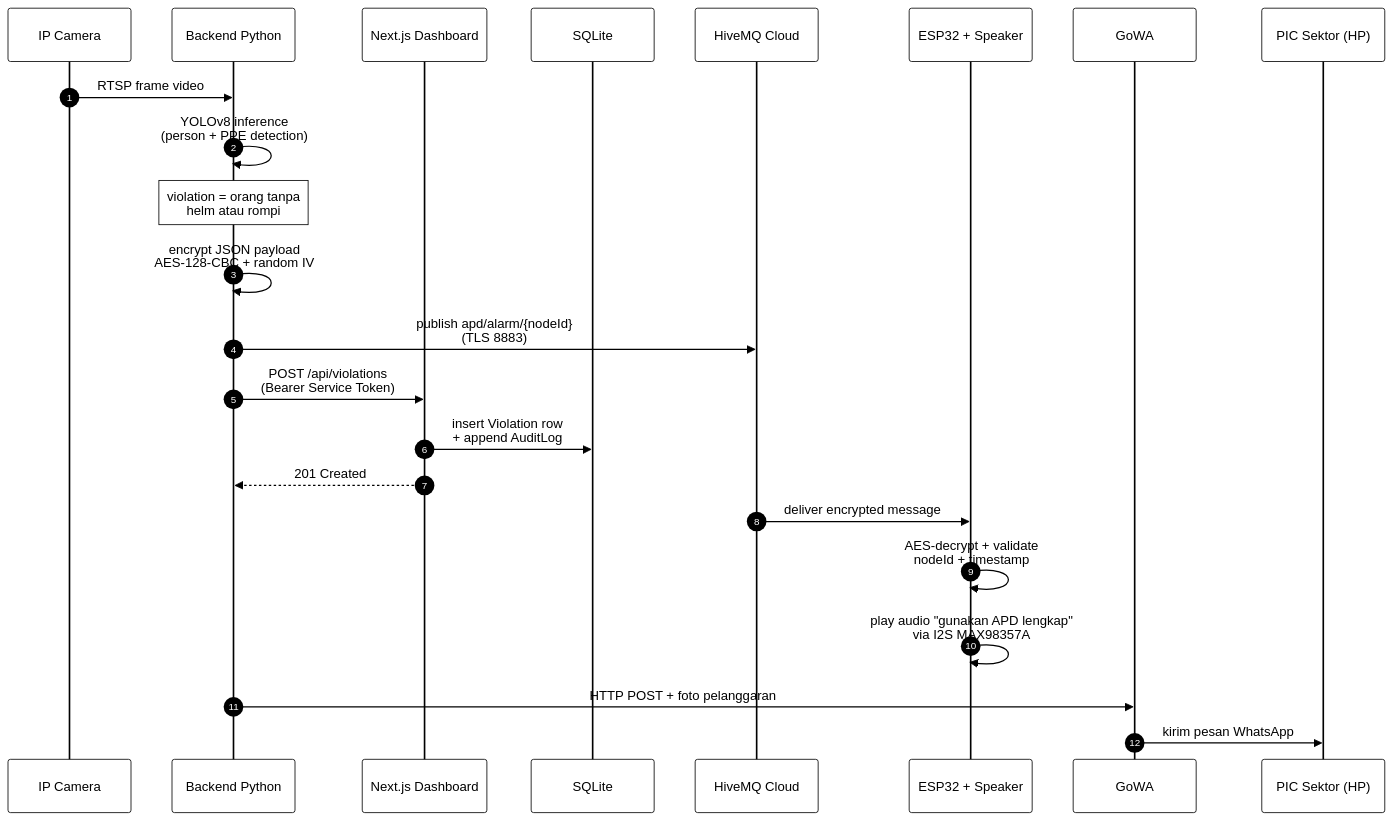
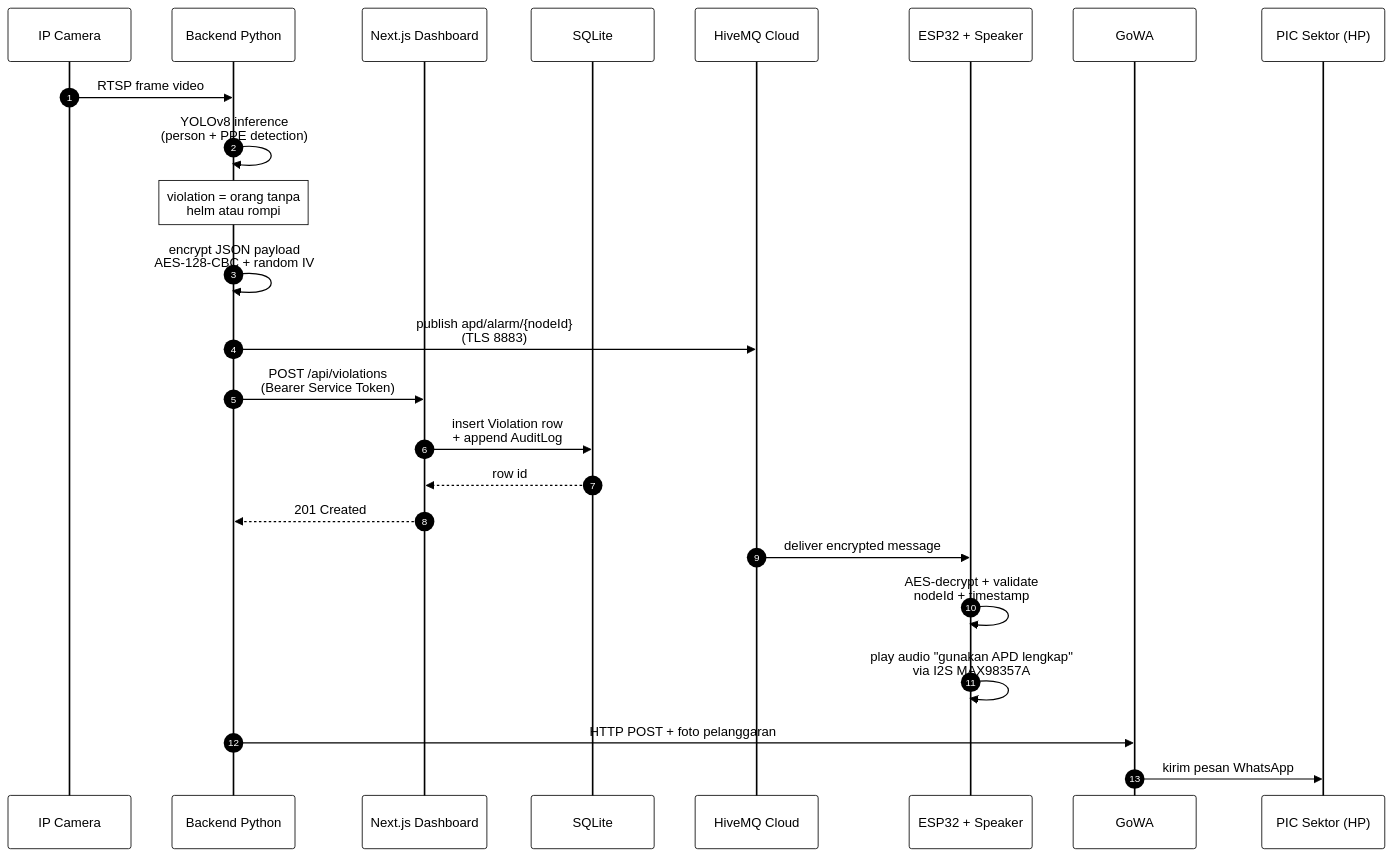
The third of 4 diagrams in docs/BLOCK-DIAGRAM.md (sitaurs/pbl-ppe), drawn with Mermaid before and after one commit. The commit also changed other lines of this file and 4 other files, not shown here.

````diff
--- a/docs/BLOCK-DIAGRAM.md
+++ b/docs/BLOCK-DIAGRAM.md
@@ -186,48 +221,49 @@
 ```mermaid
 %%{init: {
   'theme': 'base',
   'themeVariables': {
     'background': '#ffffff',
     'primaryColor': '#ffffff',
     'primaryTextColor': '#000000',
     'primaryBorderColor': '#000000',
     'lineColor': '#000000',
     'actorBkg': '#ffffff',
     'actorBorder': '#000000',
     'actorTextColor': '#000000',
     'signalColor': '#000000',
     'signalTextColor': '#000000',
     'labelBoxBkgColor': '#ffffff',
     'labelBoxBorderColor': '#000000',
     'labelTextColor': '#000000',
     'noteBkgColor': '#ffffff',
     'noteBorderColor': '#000000',
     'noteTextColor': '#000000',
     'fontFamily': 'Inter, Arial, sans-serif'
   }
 }}%%
 sequenceDiagram
     autonumber
     participant CAM as IP Camera
     participant PY as Backend Python
     participant NX as Next.js Dashboard
     participant DB as SQLite
     participant MQTT as HiveMQ Cloud
     participant ESP as ESP32 + Speaker
     participant WA as GoWA
     participant PIC as PIC Sektor (HP)
 
     CAM->>PY: RTSP frame video
     PY->>PY: YOLOv8 inference<br/>(person + PPE detection)
     Note over PY: violation = orang tanpa<br/>helm atau rompi
     PY->>PY: encrypt JSON payload<br/>AES-128-CBC + random IV
     PY->>MQTT: publish apd/alarm/{nodeId}<br/>(TLS 8883)
     PY->>NX: POST /api/violations<br/>(Bearer Service Token)
     NX->>DB: insert Violation row<br/>+ append AuditLog
+    DB-->>NX: row id
     NX-->>PY: 201 Created
     MQTT->>ESP: deliver encrypted message
     ESP->>ESP: AES-decrypt + validate<br/>nodeId + timestamp
     ESP->>ESP: play audio "gunakan APD lengkap"<br/>via I2S MAX98357A
     PY->>WA: HTTP POST + foto pelanggaran
     WA->>PIC: kirim pesan WhatsApp
 ```
````
